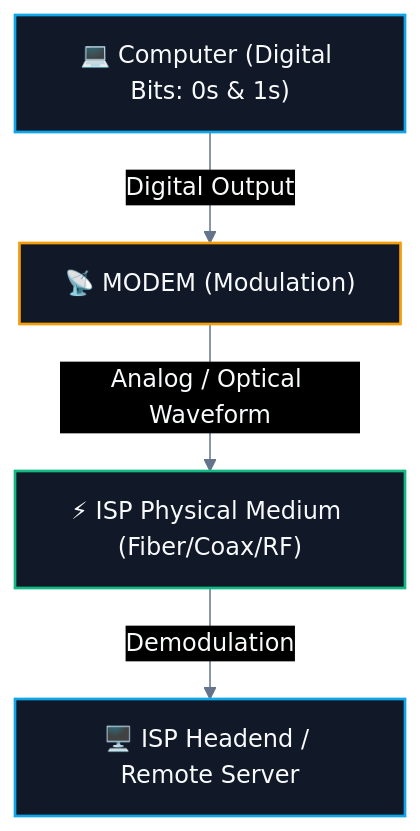
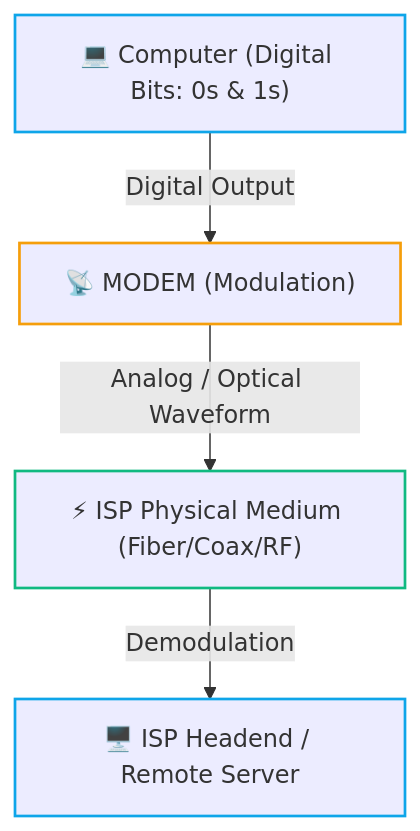
One commit to abhinavbharti2345/CS_Notes changed the fourth of 5 diagrams in CS/Computer Networking/01. Architecture & Fundamentals/05. Network Hardware - Hub, Switch, Router, Modem.md. Above: the diagram before and after it, drawn with Mermaid. The commit also changed other lines of this file and 91 other files, not shown here.

````diff
--- a/CS/Computer Networking/01. Architecture & Fundamentals/05. Network Hardware - Hub, Switch, Router, Modem.md
+++ b/CS/Computer Networking/01. Architecture & Fundamentals/05. Network Hardware - Hub, Switch, Router, Modem.md
@@ -144,15 +139,14 @@
 ```mermaid
-%%{init: {'theme': 'base', 'themeVariables': { 'darkMode': true, 'background': '#0B0F14', 'mainBkg': '#111827', 'primaryColor': '#111827', 'primaryTextColor': '#F8FAFC', 'primaryBorderColor': '#38BDF8', 'lineColor': '#64748B', 'secondaryColor': '#0B0F14', 'tertiaryColor': '#0B0F14', 'clusterBkg': '#0B0F14', 'clusterBorder': '#38BDF8' }}}%%
 flowchart TD
     PC["💻 Computer (Digital Bits: 0s & 1s)"]
     -->|"Digital Output"| Mod["📡 MODEM (Modulation)"]
     -->|"Analog / Optical Waveform"| Media["⚡ ISP Physical Medium (Fiber/Coax/RF)"]
     -->|"Demodulation"| Server["🖥️ ISP Headend / Remote Server"]
 
-    classDef dev fill:#111827,stroke:#0ea5e9,stroke-width:1.8px,color:#F8FAFC;
-    classDef mod fill:#111827,stroke:#f59e0b,stroke-width:1.8px,color:#F8FAFC;
-    classDef med fill:#111827,stroke:#10b981,stroke-width:1.8px,color:#F8FAFC;
+    classDef dev stroke:#0ea5e9,stroke-width:1.8px;
+    classDef mod stroke:#f59e0b,stroke-width:1.8px;
+    classDef med stroke:#10b981,stroke-width:1.8px;
     class PC,Server dev;
     class Mod mod;
     class Media med;
 ```
````
